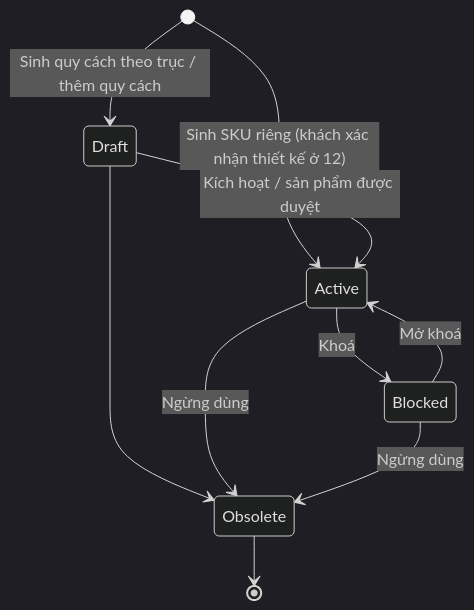
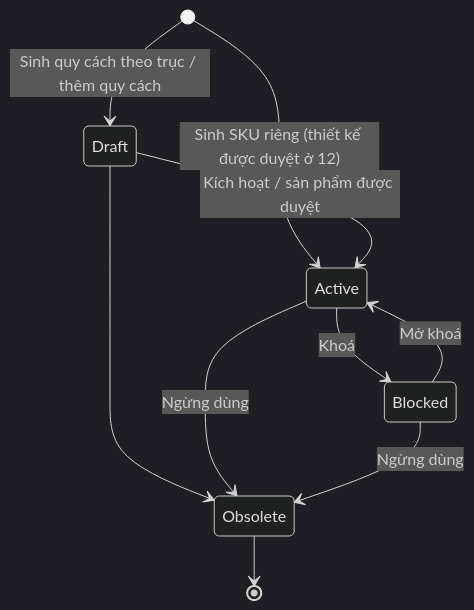
Before and after one commit to KLTN-FA26/docs: the second of 2 diagrams in docs/warehouse/01-product-creation/README.md, drawn with Mermaid (dark theme). The commit also changed other lines of this file and 11 other files, not shown here.

````diff
--- a/docs/warehouse/01-product-creation/README.md
+++ b/docs/warehouse/01-product-creation/README.md
@@ -255,12 +274,12 @@
 ```mermaid
 stateDiagram-v2
     [*] --> Draft: Sinh quy cách theo trục / thêm quy cách
-    [*] --> Active: Sinh SKU riêng (khách xác nhận thiết kế ở 12)
+    [*] --> Active: Sinh SKU riêng (thiết kế được duyệt ở 12)
     Draft --> Active: Kích hoạt / sản phẩm được duyệt
     Draft --> Obsolete
     Active --> Blocked: Khoá
     Blocked --> Active: Mở khoá
     Active --> Obsolete: Ngừng dùng
     Blocked --> Obsolete: Ngừng dùng
     Obsolete --> [*]
 ```
````
